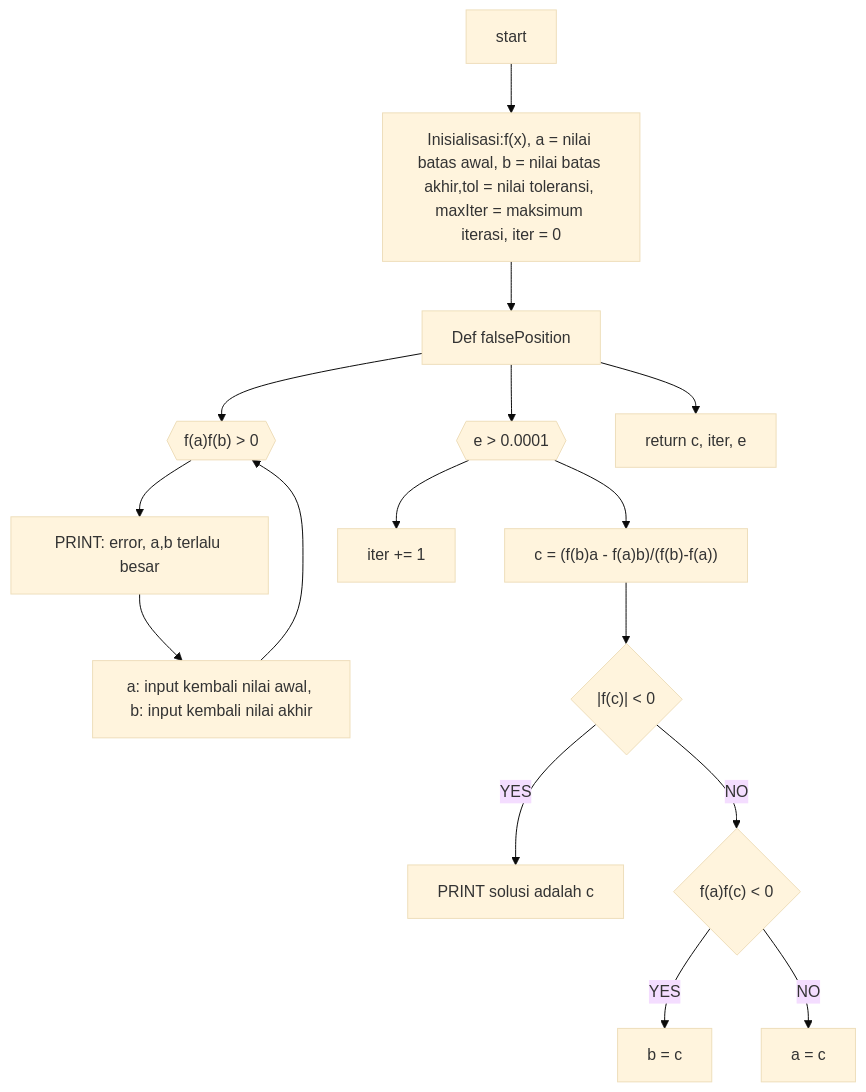
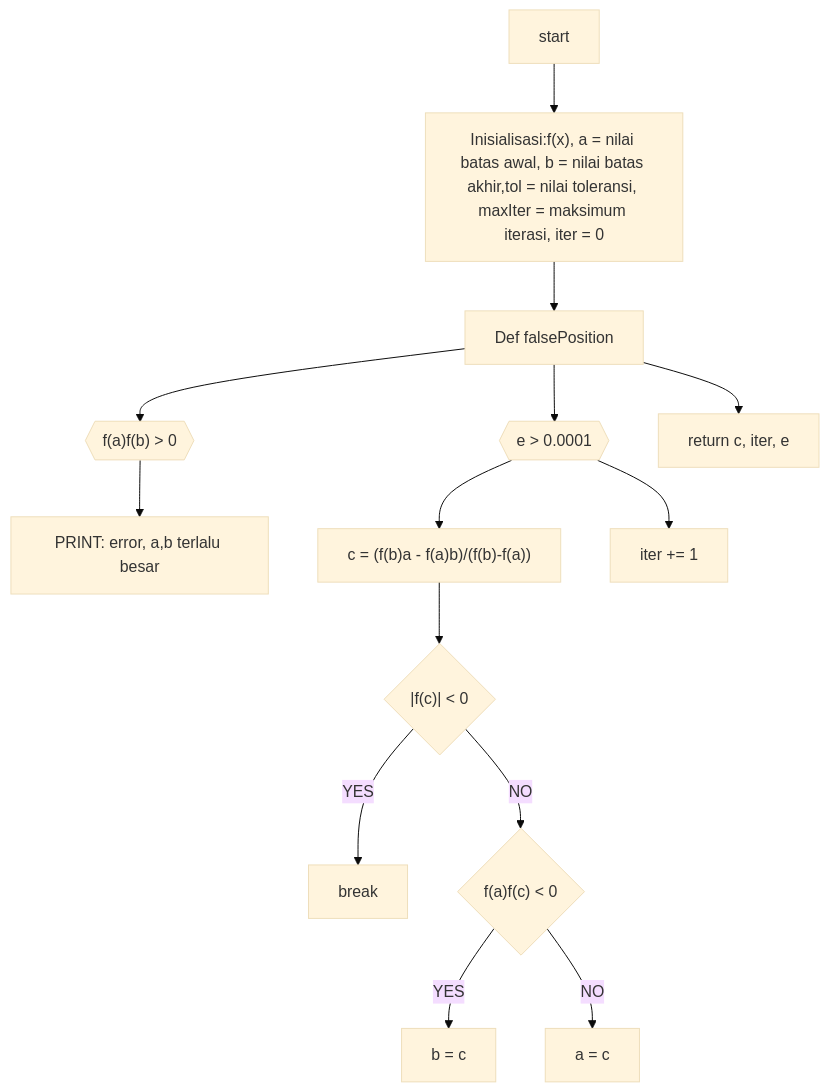
One commit to aslabkomfis/Komputasi-Numerik-24-25 changed the diagram in Modul-2/falsePosition.mmd. Above: the diagram before and after it, drawn with Mermaid (base theme).

```diff
--- a/Modul-2/falsePosition.mmd
+++ b/Modul-2/falsePosition.mmd
@@ -1,16 +1,14 @@
 flowchart TD;
     A[start] --> B["Inisialisasi:f(x), a = nilai batas awal, b = nilai batas akhir,tol = nilai toleransi, maxIter = maksimum iterasi, iter = 0"]
     B --> Z["Def falsePosition"]
     Z --> C{{"f(a)f(b) > 0"}}
     C --> D["PRINT: error, a,b terlalu besar"]
-    D --> E["a: input kembali nilai awal, b: input kembali nilai akhir"]
-    E --> C
     Z --> G{{"e > 0.0001"}}
     G -->H["c = (f(b)a - f(a)b)/(f(b)-f(a))"]
     H --> I{"|f(c)| < 0"}
-    I -->|YES| J["PRINT solusi adalah c"]
+    I -->|YES| J["break"]
     I -->|NO| K{"f(a)f(c) < 0"} 
     K --> |YES| L["b = c"]
     K --> |NO| M["a = c"]
     G --> N["iter += 1"]
     Z --> X["return c, iter, e"]
```
